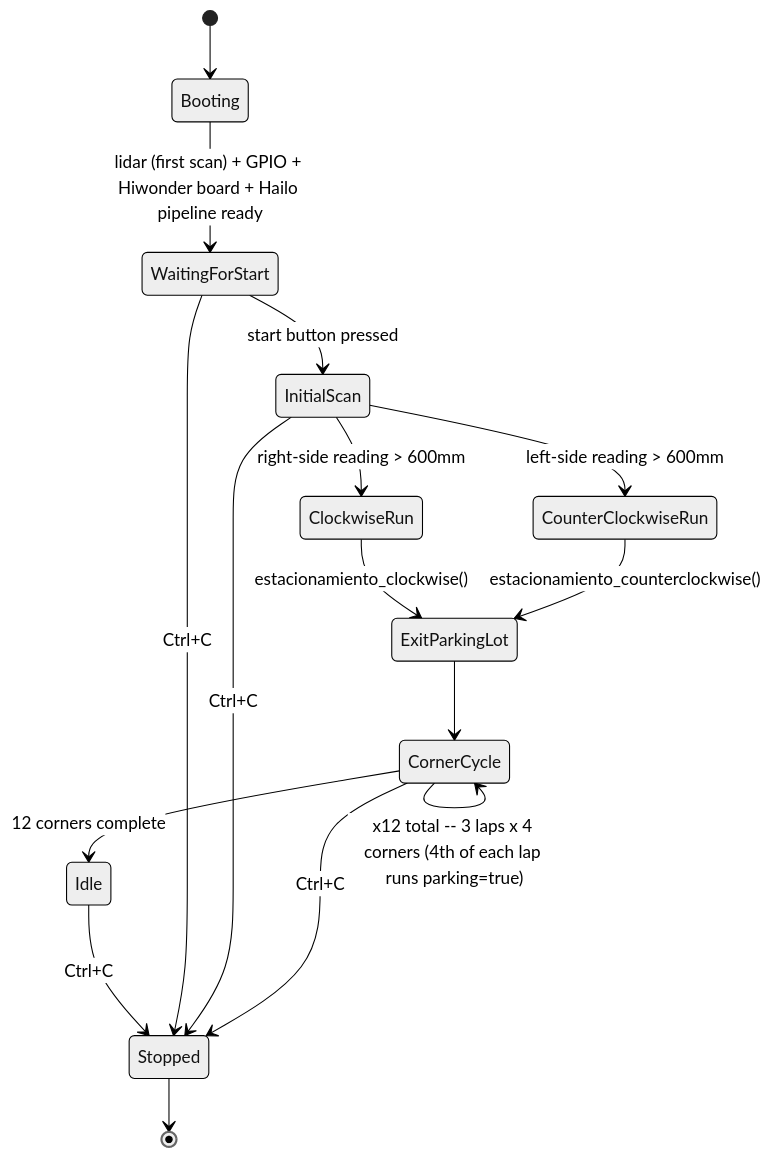
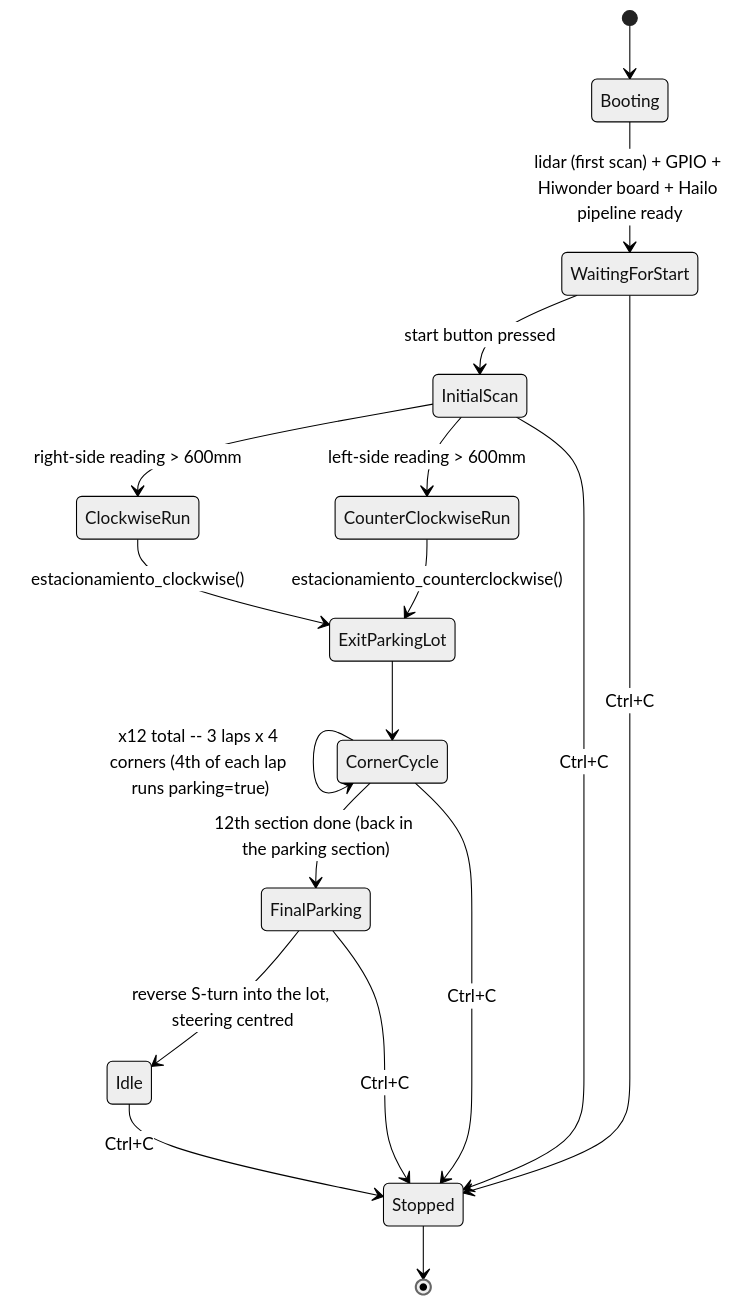
One commit to alex309-duarte/WRO_Future_Engineers_Queretaro_CSS changed the third of 4 diagrams in README.md. Above: the diagram before and after it, drawn with Mermaid (neutral theme). The commit also changed other lines of this file and 29 other files, not shown here.

Commit message:
Review fixes: parking description, English program messages, v7 figures, rule compliance, firmware note, Hailo-8 brief, awaiting final review before publishing final v2 release

````diff
--- a/README.md
+++ b/README.md
@@ -888,18 +896,20 @@
 ```mermaid
 stateDiagram-v2
     [*] --> Booting
     Booting --> WaitingForStart: lidar (first scan) + GPIO + Hiwonder board + Hailo pipeline ready
     WaitingForStart --> InitialScan: start button pressed
     InitialScan --> ClockwiseRun: right-side reading > 600mm
     InitialScan --> CounterClockwiseRun: left-side reading > 600mm
     ClockwiseRun --> ExitParkingLot: estacionamiento_clockwise()
     CounterClockwiseRun --> ExitParkingLot: estacionamiento_counterclockwise()
     ExitParkingLot --> CornerCycle
     CornerCycle --> CornerCycle: x12 total -- 3 laps x 4 corners (4th of each lap runs parking=true)
-    CornerCycle --> Idle: 12 corners complete
+    CornerCycle --> FinalParking: 12th section done (back in the parking section)
+    FinalParking --> Idle: reverse S-turn into the lot, steering centred
     Idle --> Stopped: Ctrl+C
     WaitingForStart --> Stopped: Ctrl+C
     InitialScan --> Stopped: Ctrl+C
     CornerCycle --> Stopped: Ctrl+C
+    FinalParking --> Stopped: Ctrl+C
     Stopped --> [*]
 ```
````
